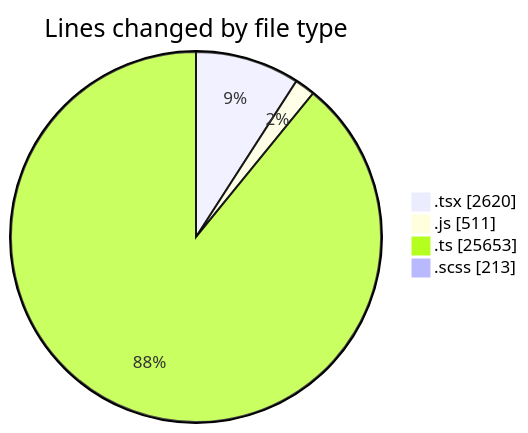
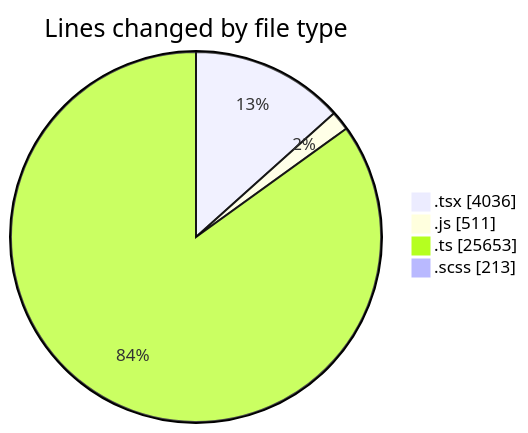
The first of 2 diagrams in 2025-06-30/cda/README.md (momahboobian/code-tracking), drawn with Mermaid before and after one commit. The commit also changed other lines of this file and 1 other file, not shown here.

````diff
--- a/2025-06-30/cda/README.md
+++ b/2025-06-30/cda/README.md
@@ -41,8 +41,8 @@
 ```mermaid
 pie showData
 title Lines changed by file type
-".tsx" : 2620
+".tsx" : 4036
 ".js" : 511
 ".ts" : 25653
 ".scss" : 213
 ```
````
